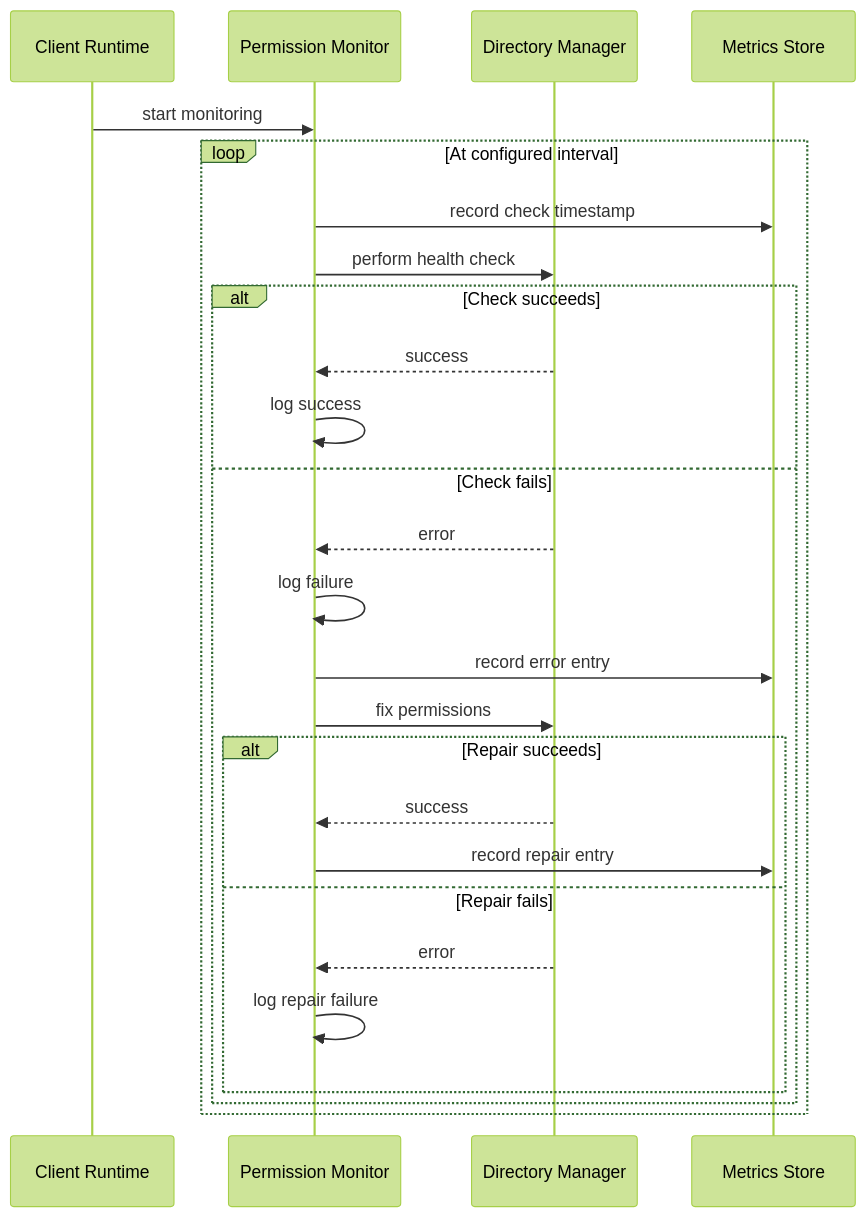
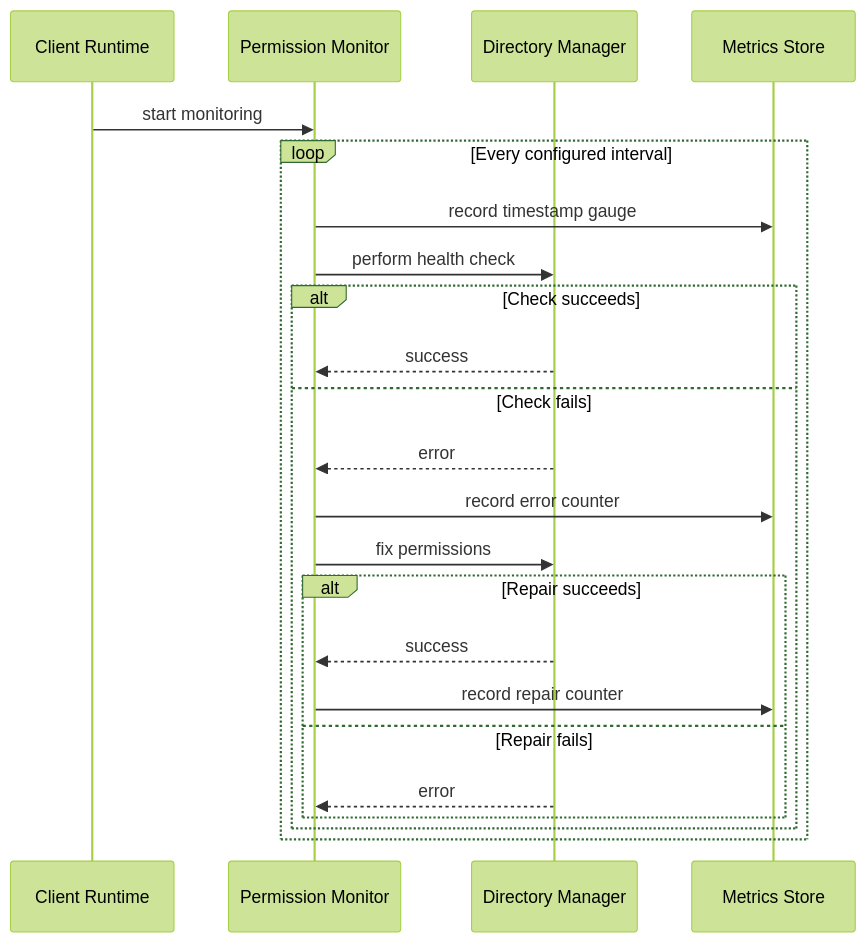
One commit to flamingo-stack/openframe-oss-tenant changed the third of 3 diagrams in docs/reference/architecture/openframe-client-core/monitoring-permissions/monitoring-permissions.md. Above: the diagram before and after it, drawn with Mermaid (forest theme). The commit also changed other lines of this file and 2377 other files, not shown here.

````diff
--- a/docs/reference/architecture/openframe-client-core/monitoring-permissions/monitoring-permissions.md
+++ b/docs/reference/architecture/openframe-client-core/monitoring-permissions/monitoring-permissions.md
@@ -100,28 +80,25 @@
 ```mermaid
 sequenceDiagram
     participant Runtime as Client Runtime
     participant Monitor as Permission Monitor
     participant Directories as Directory Manager
     participant Metrics as Metrics Store
     Runtime->>Monitor: start monitoring
-    loop At configured interval
-        Monitor->>Metrics: record check timestamp
+    loop Every configured interval
+        Monitor->>Metrics: record timestamp gauge
         Monitor->>Directories: perform health check
         alt Check succeeds
             Directories-->>Monitor: success
-            Monitor->>Monitor: log success
         else Check fails
             Directories-->>Monitor: error
-            Monitor->>Monitor: log failure
-            Monitor->>Metrics: record error entry
+            Monitor->>Metrics: record error counter
             Monitor->>Directories: fix permissions
             alt Repair succeeds
                 Directories-->>Monitor: success
-                Monitor->>Metrics: record repair entry
+                Monitor->>Metrics: record repair counter
             else Repair fails
                 Directories-->>Monitor: error
-                Monitor->>Monitor: log repair failure
             end
         end
     end
 ```
````
